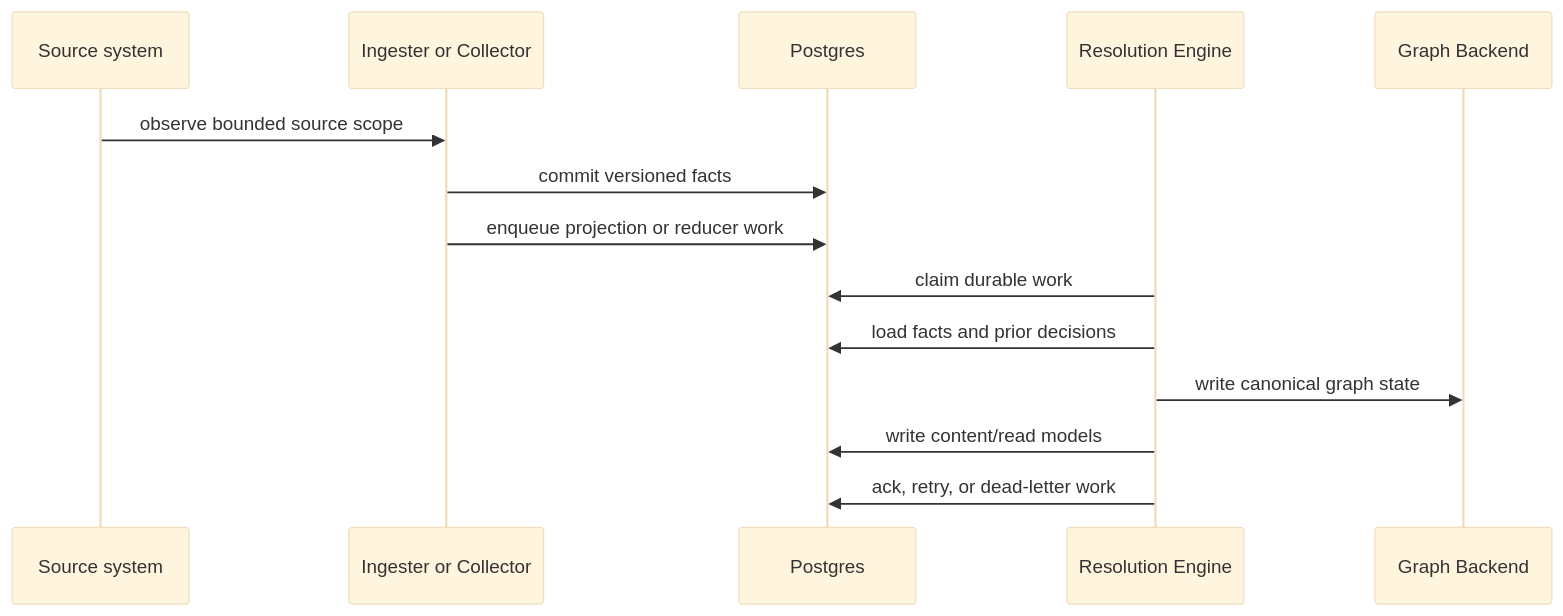
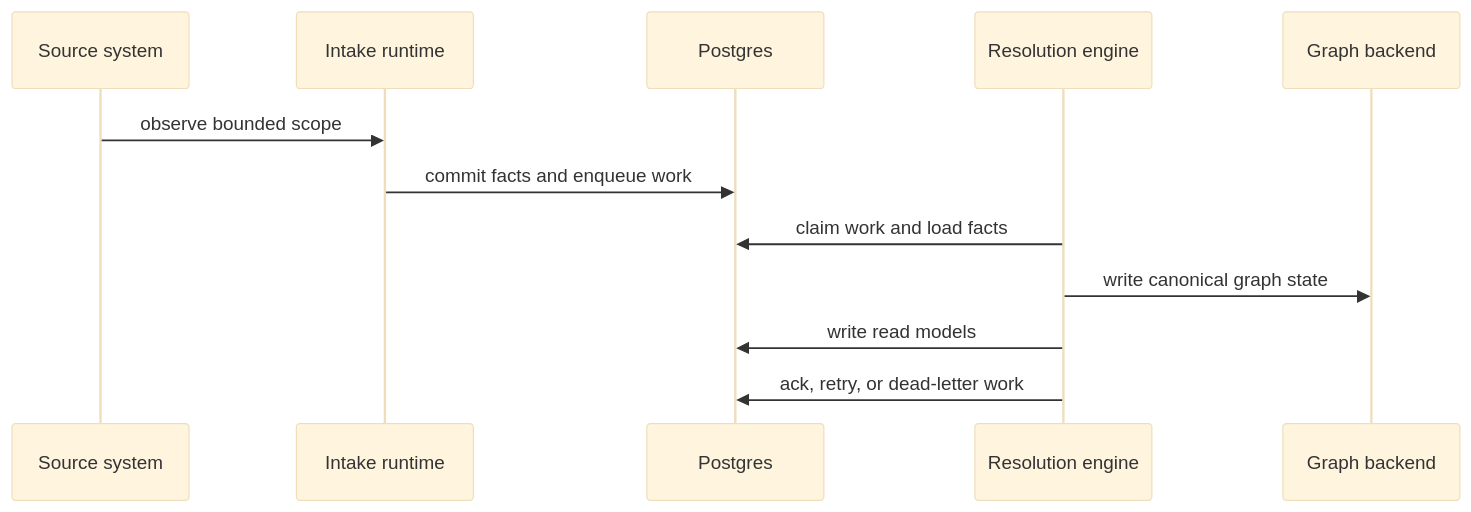
One commit to eshu-hq/eshu changed the second of 3 diagrams in docs/public/architecture.md. Above: the diagram before and after it, drawn with Mermaid (base theme). The commit also changed other lines of this file and 7 other files, not shown here.

````diff
--- a/docs/public/architecture.md
+++ b/docs/public/architecture.md
@@ -116,17 +73,15 @@
 ```mermaid
 sequenceDiagram
   participant Source as Source system
-  participant Intake as Ingester or Collector
+  participant Intake as Intake runtime
   participant Pg as Postgres
-  participant Reducer as Resolution Engine
-  participant Graph as Graph Backend
+  participant Reducer as Resolution engine
+  participant Graph as Graph backend
 
-  Source->>Intake: observe bounded source scope
-  Intake->>Pg: commit versioned facts
-  Intake->>Pg: enqueue projection or reducer work
-  Reducer->>Pg: claim durable work
-  Reducer->>Pg: load facts and prior decisions
+  Source->>Intake: observe bounded scope
+  Intake->>Pg: commit facts and enqueue work
+  Reducer->>Pg: claim work and load facts
   Reducer->>Graph: write canonical graph state
-  Reducer->>Pg: write content/read models
+  Reducer->>Pg: write read models
   Reducer->>Pg: ack, retry, or dead-letter work
 ```
````
